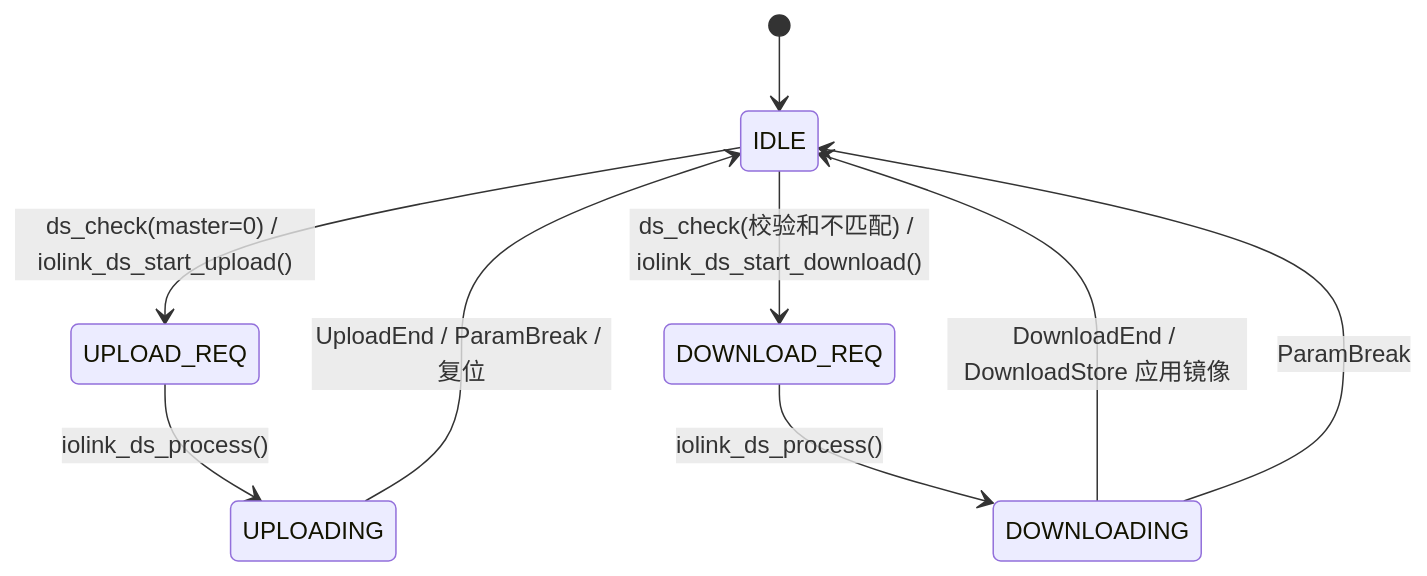
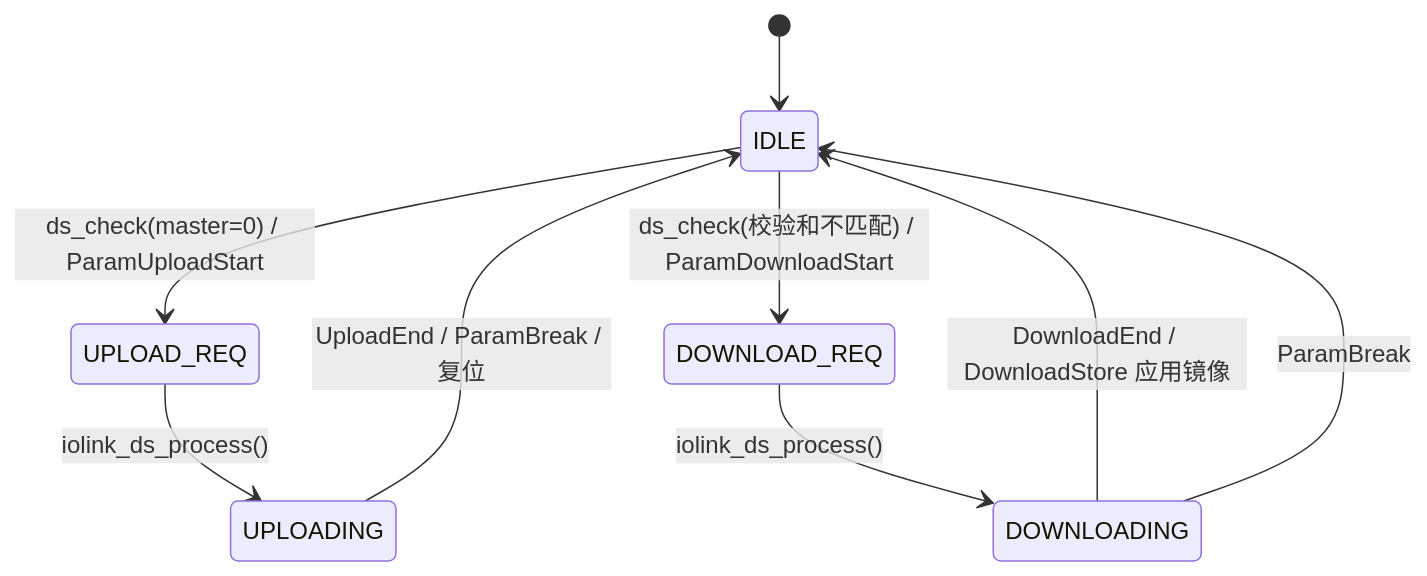
Before and after one commit to Adlyq/iolinki: diagram 12 of 16 in docs/CODE_FLOW.md, drawn with Mermaid. The commit also changed 9 other files, not shown here.

````diff
--- a/docs/CODE_FLOW.md
+++ b/docs/CODE_FLOW.md
@@ -679,11 +679,11 @@
 ```mermaid
 stateDiagram-v2
     [*] --> IDLE
-    IDLE --> UPLOAD_REQ: ds_check(master=0) / iolink_ds_start_upload()
+    IDLE --> UPLOAD_REQ: ds_check(master=0) / ParamUploadStart
     UPLOAD_REQ --> UPLOADING: iolink_ds_process()
     UPLOADING --> IDLE: UploadEnd / ParamBreak / 复位
-    IDLE --> DOWNLOAD_REQ: ds_check(校验和不匹配) / iolink_ds_start_download()
+    IDLE --> DOWNLOAD_REQ: ds_check(校验和不匹配) / ParamDownloadStart
     DOWNLOAD_REQ --> DOWNLOADING: iolink_ds_process()
     DOWNLOADING --> IDLE: DownloadEnd / DownloadStore 应用镜像
     DOWNLOADING --> IDLE: ParamBreak
 ```
````
